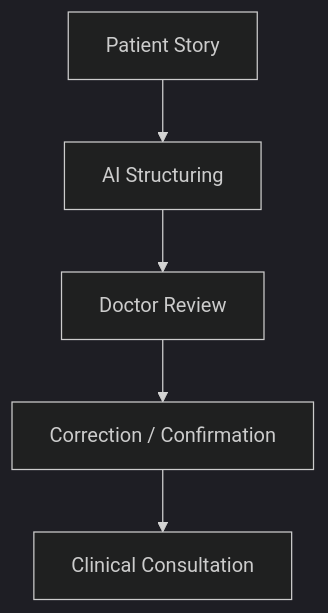
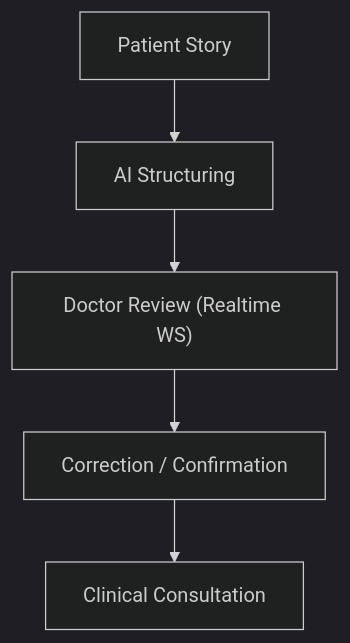
One commit to OmkarD09/SwasthyaVaani changed the eighth of 15 diagrams in README.md. Above: the diagram before and after it, drawn with Mermaid (dark theme). The commit also changed other lines of this file and 16 other files, not shown here.

````diff
--- a/README.md
+++ b/README.md
@@ -250,7 +443,7 @@
 ```mermaid
 flowchart TD
     A[Patient Story] --> B[AI Structuring]
-    B --> C[Doctor Review]
+    B --> C["Doctor Review (Realtime WS)"]
     C --> D["Correction / Confirmation"]
     D --> E[Clinical Consultation]
 ```
````
